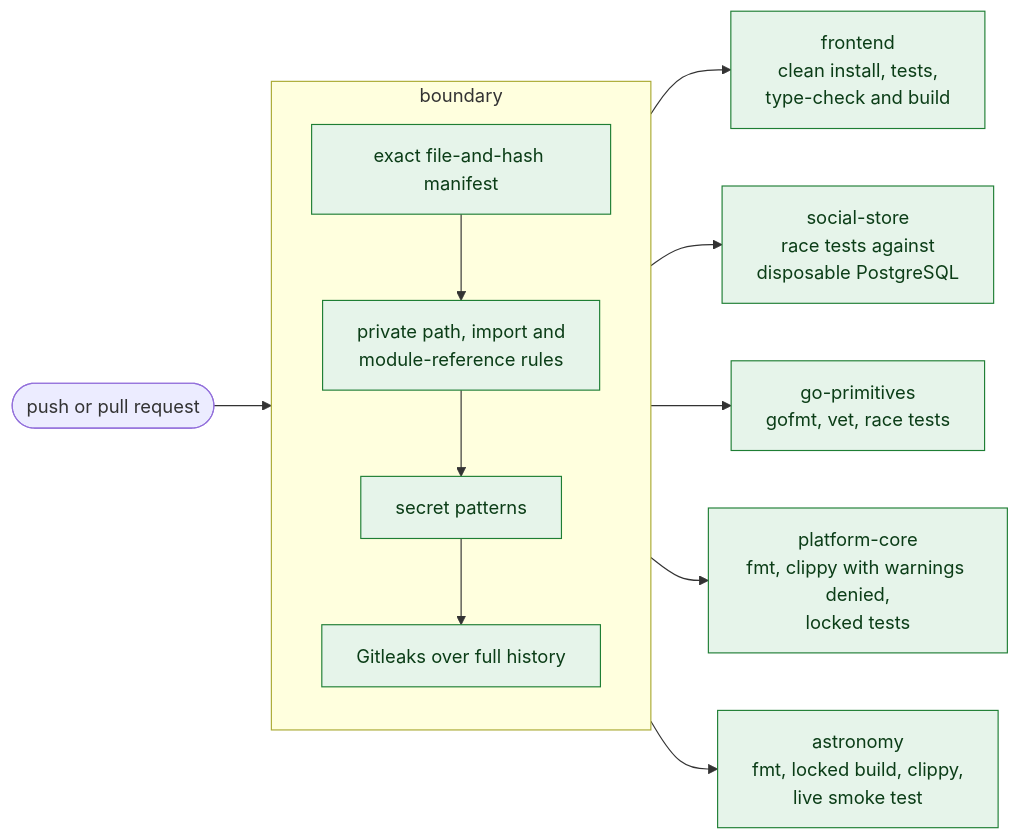
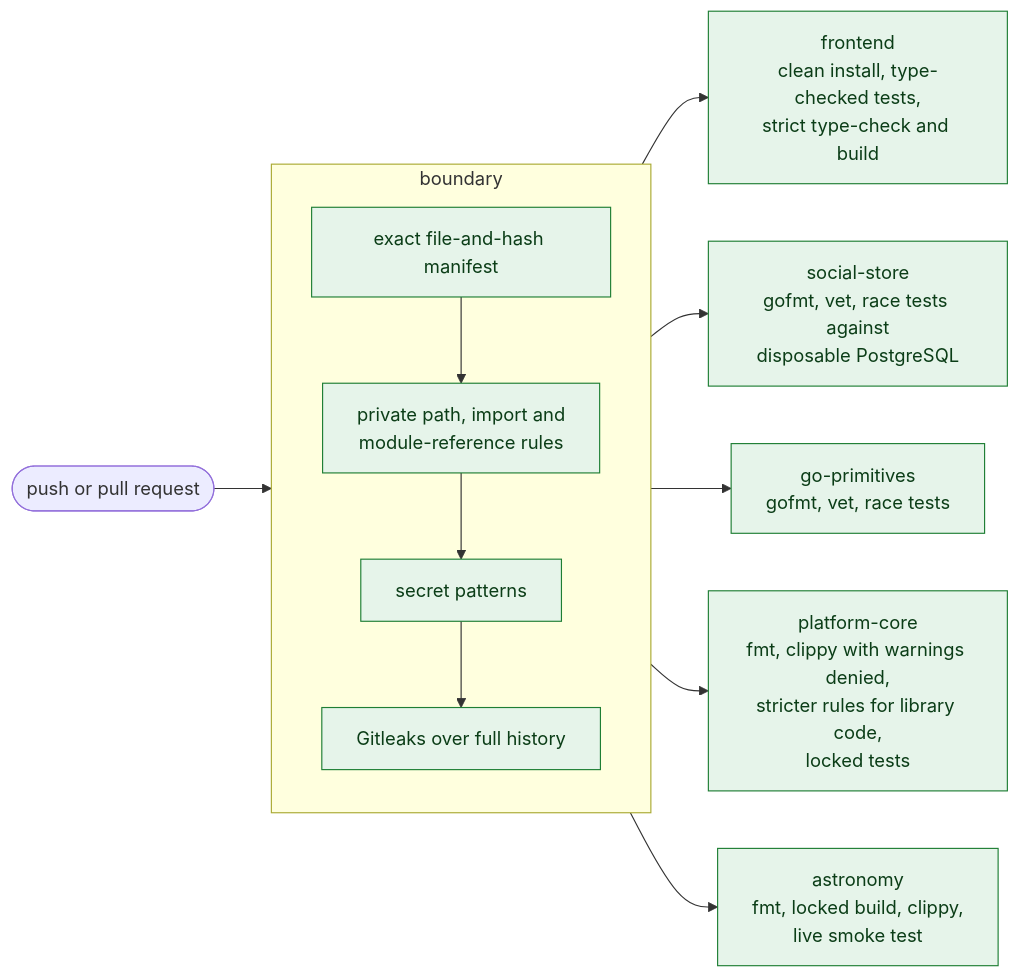
Before and after one commit to agacja/AstradiaPublic: the sixth of 6 diagrams in docs/ARCHITECTURE.md, drawn with Mermaid. The commit also changed other lines of this file and 25 other files, not shown here.

````diff
--- a/docs/ARCHITECTURE.md
+++ b/docs/ARCHITECTURE.md
@@ -386,29 +386,29 @@
 ```mermaid
 flowchart LR
     PUSH(["push or pull request"])
 
     subgraph BOUNDARY["boundary"]
         direction TB
         B1["exact file-and-hash manifest"]
         B2["private path, import and<br/>module-reference rules"]
         B3["secret patterns"]
         B4["Gitleaks over full history"]
         B1 --> B2 --> B3 --> B4
     end
 
-    FE["frontend<br/>clean install, tests,<br/>type-check and build"]
-    SO["social-store<br/>race tests against<br/>disposable PostgreSQL"]
+    FE["frontend<br/>clean install, type-checked tests,<br/>strict type-check and build"]
+    SO["social-store<br/>gofmt, vet, race tests against<br/>disposable PostgreSQL"]
     GP["go-primitives<br/>gofmt, vet, race tests"]
-    PC["platform-core<br/>fmt, clippy with warnings denied,<br/>locked tests"]
+    PC["platform-core<br/>fmt, clippy with warnings denied,<br/>stricter rules for library code,<br/>locked tests"]
     AS["astronomy<br/>fmt, locked build, clippy,<br/>live smoke test"]
 
     PUSH --> B1
     B4 --> FE
     B4 --> SO
     B4 --> GP
     B4 --> PC
     B4 --> AS
 
     classDef pub fill:#e6f4ea,stroke:#1e7e34,color:#0b3d17
     class B1,B2,B3,B4,FE,SO,GP,PC,AS pub
 ```
````
